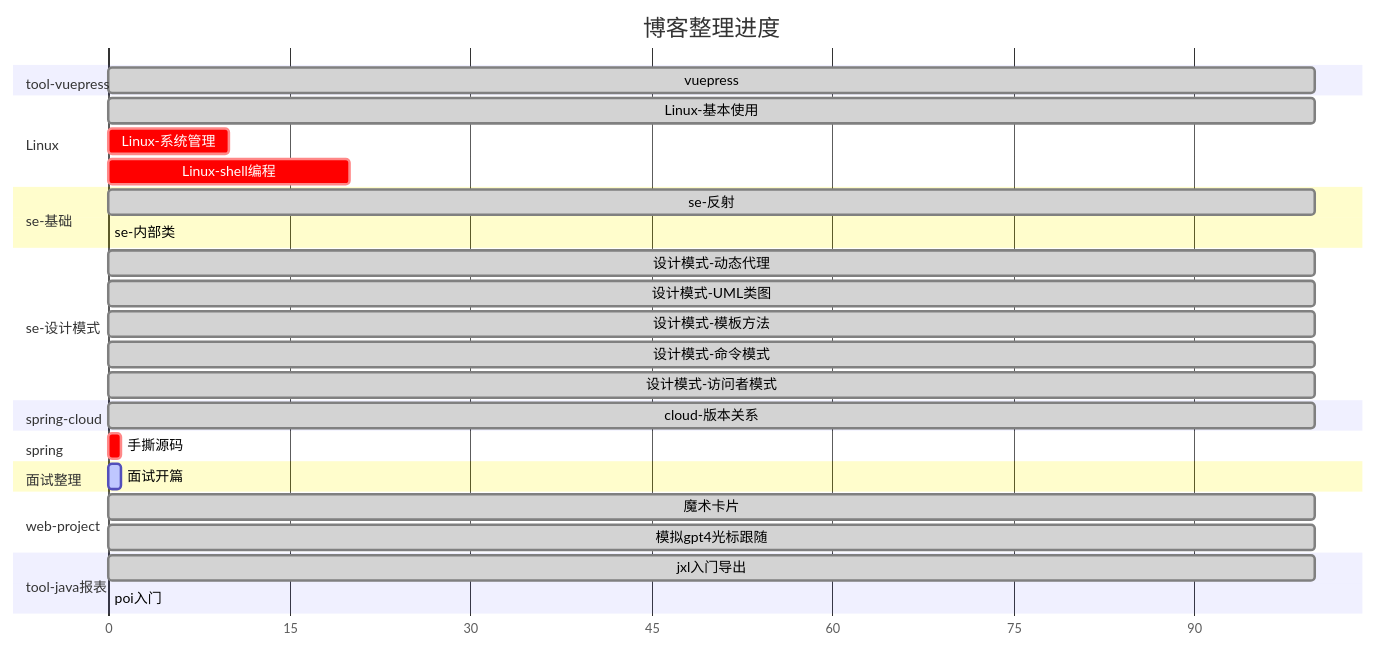
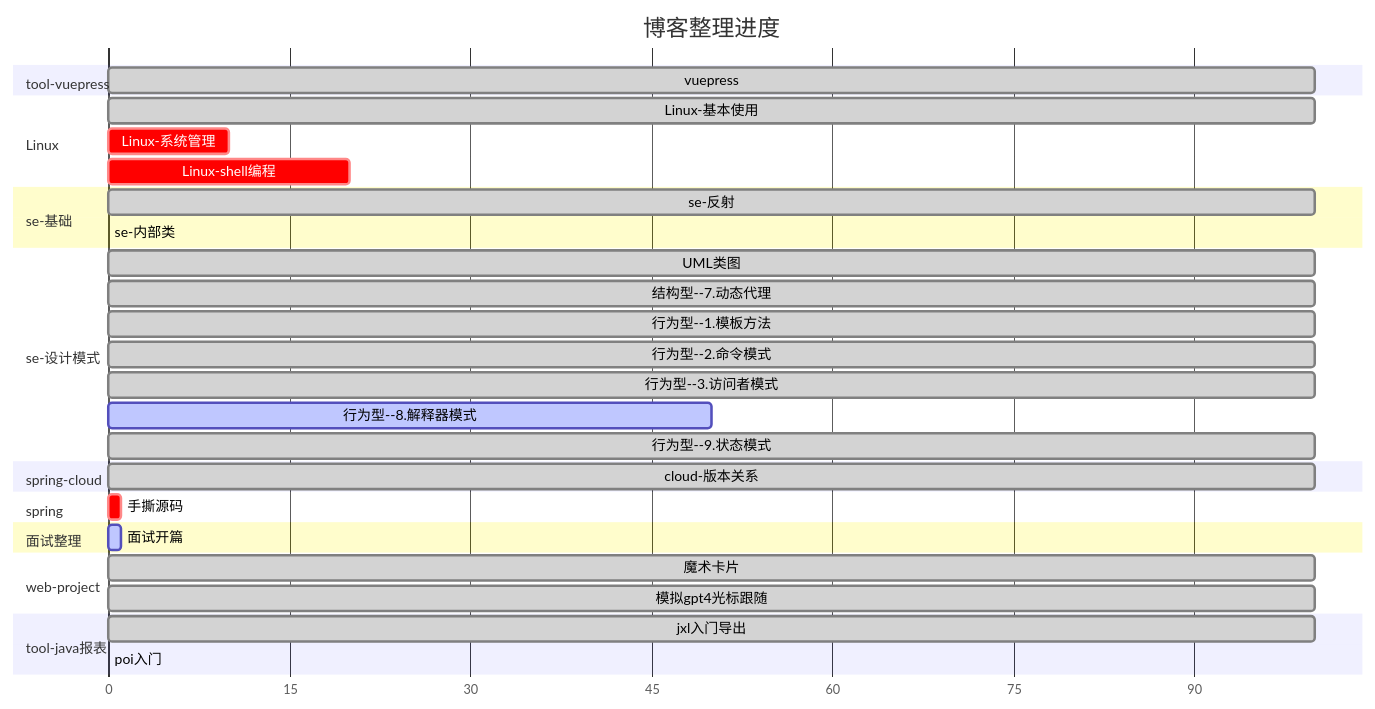
Before and after one commit to zs-mcu/docs: the diagram in docs/README.md, drawn with Mermaid.

Commit message:
计划表

````diff
--- a/docs/README.md
+++ b/docs/README.md
@@ -30,45 +30,46 @@
 ```mermaid
 gantt
   title 博客整理进度
   dateFormat X
   axisFormat %s
 
   section tool-vuepress
   vuepress        : done,0,100
 
   section Linux
   Linux-基本使用    : done,0,100
   Linux-系统管理    : crit,0,10
   Linux-shell编程   : crit,0,20
 
   section se-基础
   se-反射           :  done,0, 100
   se-内部类         : active,0,0
 
   section se-设计模式
-  设计模式-动态代理   : done,0, 100
-  设计模式-UML类图   : done,0,100
-  设计模式-模板方法   : done,0,100
-  设计模式-命令模式   : done,0,100
-  设计模式-访问者模式 : done,0,100
-
+  UML类图   : done,0,100
+  结构型--7.动态代理   : done,0, 100
+  行为型--1.模板方法   : done,0,100
+  行为型--2.命令模式   : done,0,100
+  行为型--3.访问者模式 : done,0,100
+  行为型--8.解释器模式 : active,0,50
+  行为型--9.状态模式  : done,0,100
   
 
   section spring-cloud
   cloud-版本关系    : done,0, 100
 
   section spring
   手撕源码          : crit,0, 1
 
   section 面试整理
   面试开篇          : active,0, 1
 
   section web-project
   魔术卡片          : done,0,100
   模拟gpt4光标跟随   : done,0,100
 
   section tool-java报表
   jxl入门导出       :done,0,100
   poi入门          :crit,0,0
   
 ```
````
